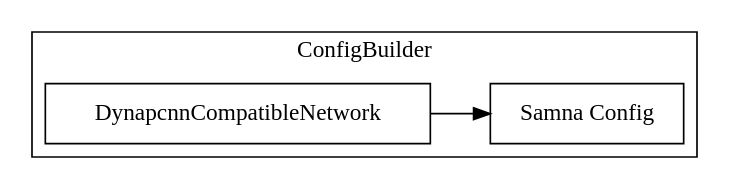
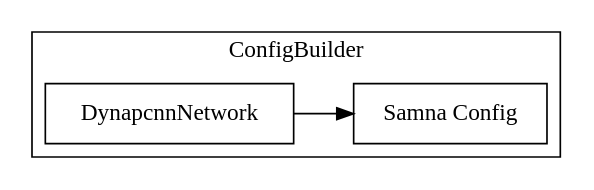
The second of 3 diagrams in docs/source/advanced_concepts.rst (synsense/sinabs), drawn with Graphviz before and after one commit. The commit also changed other lines of this file and 9 other files, not shown here.

Commit message:
update documentation and remnant methods to update DynapcnnCompatibleNetwork to DynapcnnNetwork

```diff
--- a/docs/source/advanced_concepts.rst
+++ b/docs/source/advanced_concepts.rst
@@ -25,10 +25,10 @@
 .. graphviz::
 
     digraph {
         node [shape=polygon, sides=4]
         rankdir=LR
         subgraph cluster {
             label = "ConfigBuilder"
-            DynapcnnCompatibleNetwork -> "Samna Config"
+            DynapcnnNetwork -> "Samna Config"
         }
     }
```
